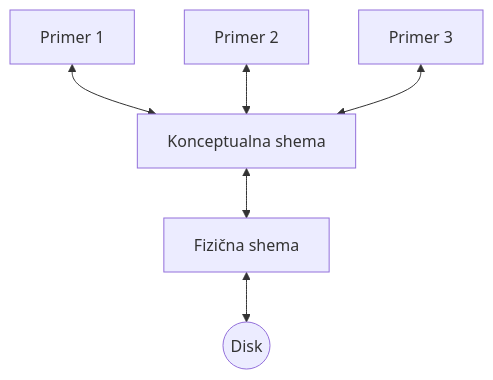
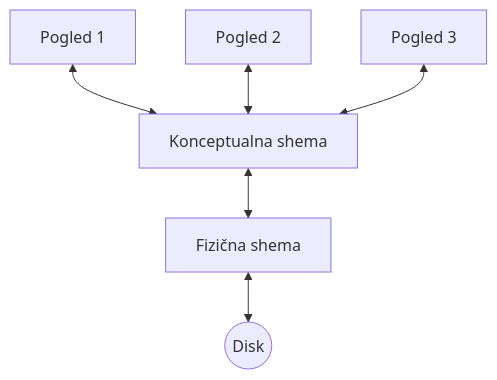
Before and after one commit to Tiggax/Zapiski: the diagram in 2. Letnik/Osnove podatkovnih baz/Pojmi.md, drawn with Mermaid. The commit also changed other lines of this file and 2 other files, not shown here.

````diff
--- a/2. Letnik/Osnove podatkovnih baz/Pojmi.md
+++ b/2. Letnik/Osnove podatkovnih baz/Pojmi.md
@@ -17,8 +17,8 @@
 ```mermaid
 graph TB
-A[Primer 1]<-->K[Konceptualna shema]
-B[Primer 2]<-->K[Konceptualna shema]
-C[Primer 3]<-->K[Konceptualna shema]
+A[Pogled 1]<-->K[Konceptualna shema]
+B[Pogled 2]<-->K[Konceptualna shema]
+C[Pogled 3]<-->K[Konceptualna shema]
 K<-->D[Fizična shema]
 D<-->G((Disk))
 ```
````
